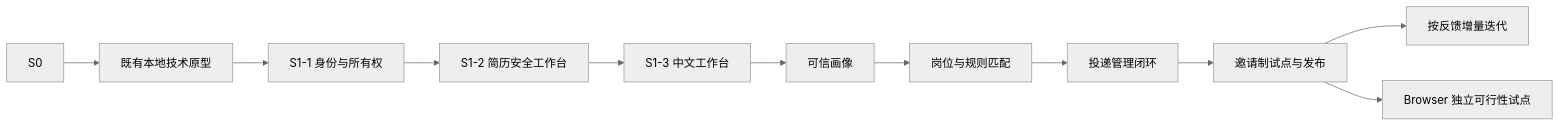
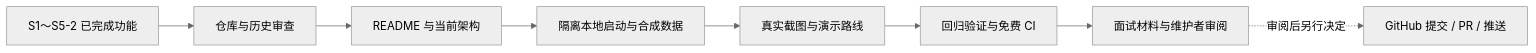
The diagram in docs/roadmap.md (jayoffans/OfferPilot), drawn with Mermaid (neutral theme) before and after one commit. The commit also changed other lines of this file and 47 other files, not shown here.

Commit message:
docs: prepare reproducible GitHub portfolio and local CI

````diff
--- a/docs/roadmap.md
+++ b/docs/roadmap.md
@@ -157,13 +5,10 @@
 ```mermaid
 flowchart LR
-    S0 --> P0[既有本地技术原型]
-    P0 --> S11[S1-1 身份与所有权]
-    S11 --> S12[S1-2 简历安全工作台]
-    S12 --> S13[S1-3 中文工作台]
-    S13 --> S2[可信画像]
-    S2 --> S3[岗位与规则匹配]
-    S3 --> S4[投递管理闭环]
-    S4 --> S5[邀请制试点与发布]
-    S5 --> S6[按反馈增量迭代]
-    S5 --> S7[Browser 独立可行性试点]
+    A[S1～S5-2 已完成功能] --> B[仓库与历史审查]
+    B --> C[README 与当前架构]
+    C --> D[隔离本地启动与合成数据]
+    D --> E[真实截图与演示路线]
+    E --> F[回归验证与免费 CI]
+    F --> G[面试材料与维护者审阅]
+    G -.审阅后另行决定.-> H[GitHub 提交 / PR / 推送]
 ```
````
